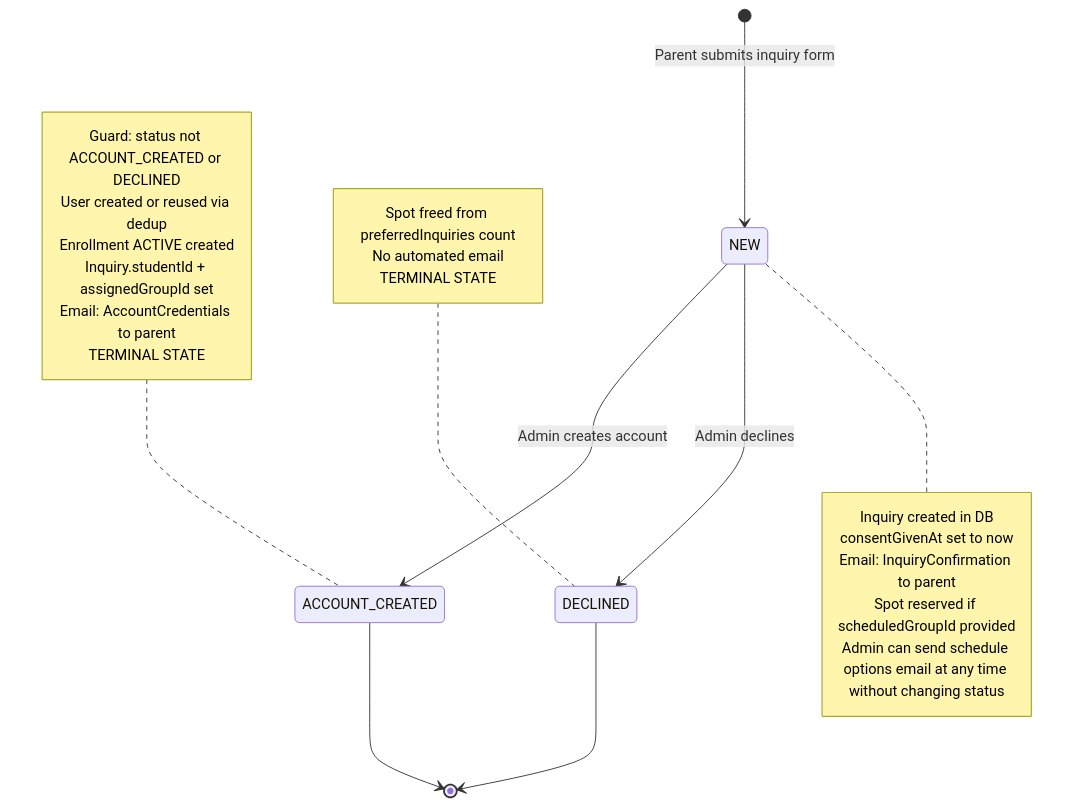
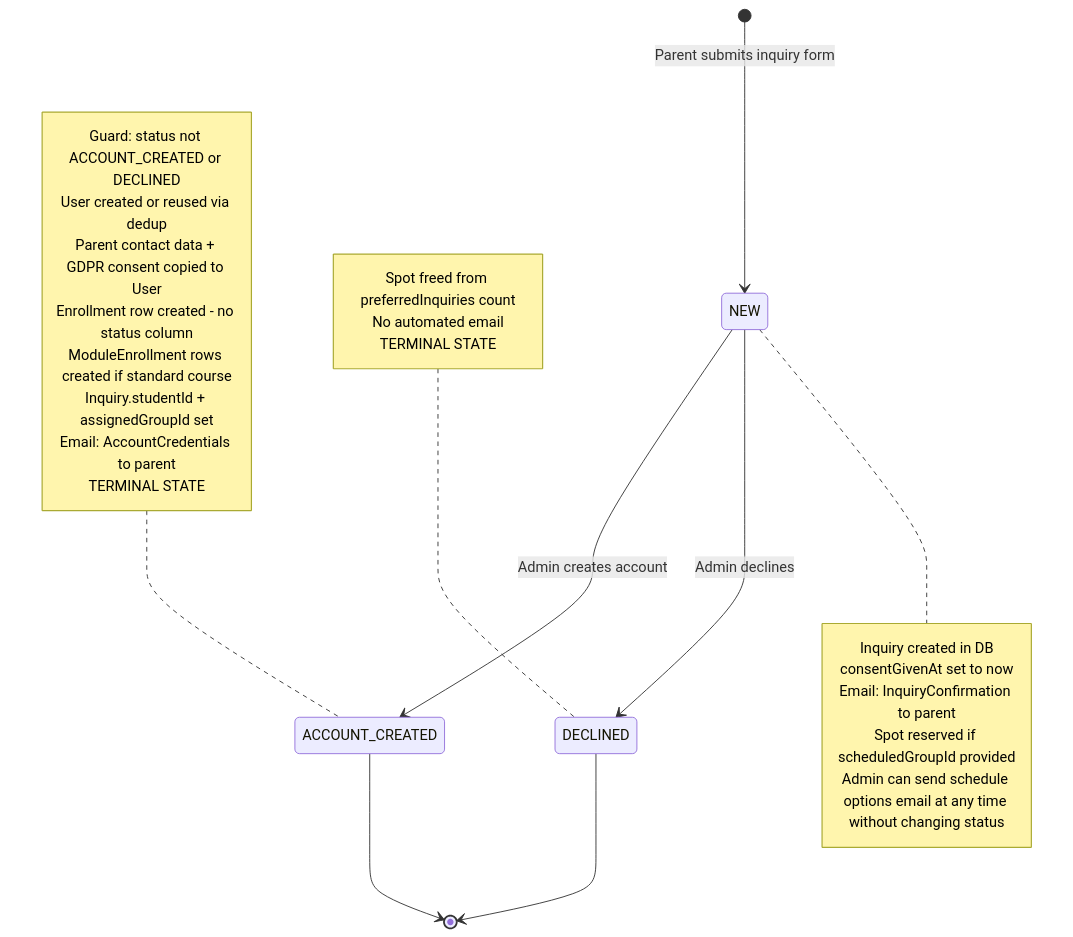
The diagram in docs/diagrams/state-machine.md (jpucic00/inovatic), drawn with Mermaid before and after one commit. The commit also changed other lines of this file and 5 other files, not shown here.

First line of the commit message:
Update CLAUDE.md and diagrams for new enrollment and PII model

````diff
--- a/docs/diagrams/state-machine.md
+++ b/docs/diagrams/state-machine.md
@@ -3,33 +5,35 @@
 ```mermaid
 stateDiagram-v2
     [*] --> NEW: Parent submits inquiry form
 
     NEW --> ACCOUNT_CREATED: Admin creates account
     NEW --> DECLINED: Admin declines
 
     ACCOUNT_CREATED --> [*]
     DECLINED --> [*]
 
     note right of NEW
         Inquiry created in DB
         consentGivenAt set to now
         Email: InquiryConfirmation to parent
         Spot reserved if scheduledGroupId provided
         Admin can send schedule options email at any time without changing status
     end note
 
     note left of ACCOUNT_CREATED
         Guard: status not ACCOUNT_CREATED or DECLINED
         User created or reused via dedup
-        Enrollment ACTIVE created
+        Parent contact data + GDPR consent copied to User
+        Enrollment row created - no status column
+        ModuleEnrollment rows created if standard course
         Inquiry.studentId + assignedGroupId set
         Email: AccountCredentials to parent
         TERMINAL STATE
     end note
 
     note left of DECLINED
         Spot freed from preferredInquiries count
         No automated email
         TERMINAL STATE
     end note
 ```
````
